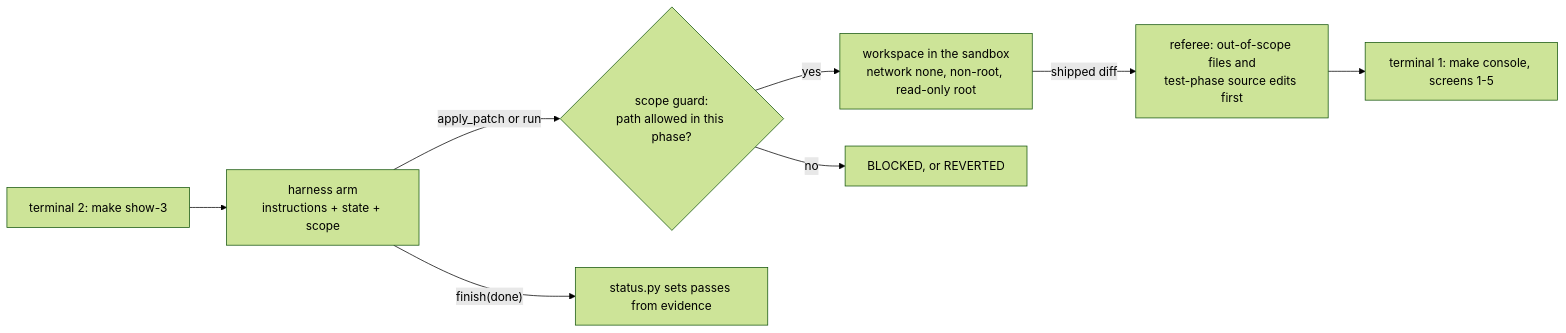
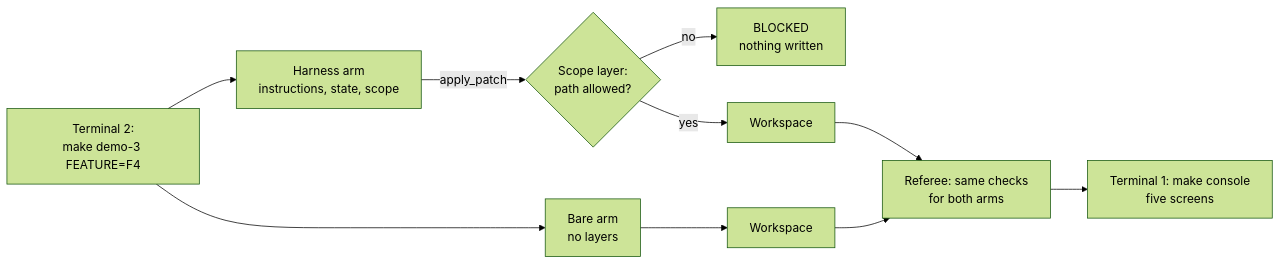
One commit to ANI-IN/shipharness-dev changed the diagram in 03-scope-sandbox/demo/README.md. Above: the diagram before and after it, drawn with Mermaid (forest theme). The commit also changed other lines of this file and 50 other files, not shown here.

````diff
--- a/03-scope-sandbox/demo/README.md
+++ b/03-scope-sandbox/demo/README.md
@@ -41,10 +45,12 @@
 ```mermaid
 flowchart LR
-  T2["terminal 2: make show-3"] --> H["harness arm<br/>instructions + state + scope"]
-  H -->|"apply_patch or run"| G{"scope guard:<br/>path allowed in this phase?"}
-  G -->|"yes"| W["workspace in the sandbox<br/>network none, non-root, read-only root"]
-  G -->|"no"| B["BLOCKED, or REVERTED"]
-  H -->|"finish(done)"| S["status.py sets passes from evidence"]
-  W -->|"shipped diff"| R["referee: out-of-scope files and<br/>test-phase source edits first"]
-  R --> C["terminal 1: make console, screens 1-5"]
+  T2["Terminal 2:<br/>make demo-3 FEATURE=F4"] --> B["Bare arm<br/>no layers"]
+  T2 --> H["Harness arm<br/>instructions, state, scope"]
+  H -->|"apply_patch"| G{"Scope layer:<br/>path allowed?"}
+  G -->|"no"| X["BLOCKED<br/>nothing written"]
+  G -->|"yes"| W["Workspace"]
+  B --> W2["Workspace"]
+  W --> R["Referee: same checks<br/>for both arms"]
+  W2 --> R
+  R --> C["Terminal 1: make console<br/>five screens"]
 ```
````
